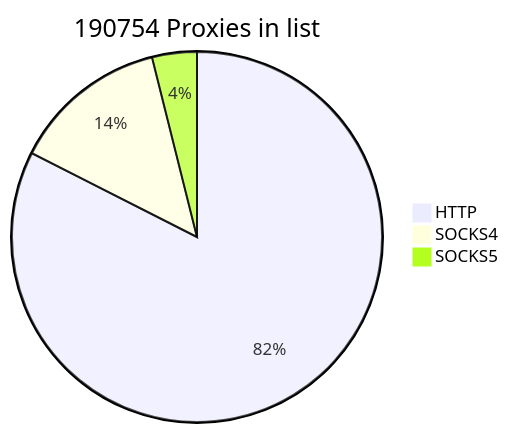
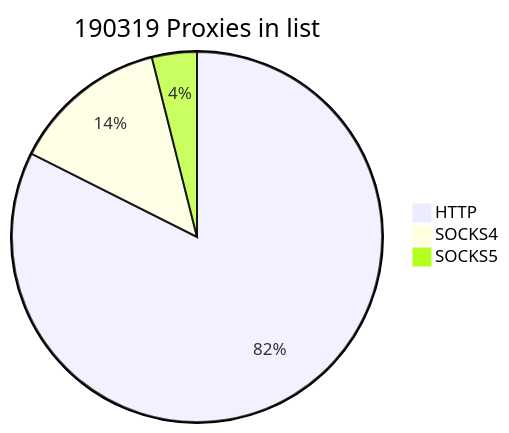
One commit to cutipu/proxylist changed the first of 2 diagrams in README.md. Above: the diagram before and after it, drawn with Mermaid. The commit also changed other lines of this file, not shown here.

````diff
--- a/README.md
+++ b/README.md
@@ -2,7 +2,7 @@
 ```mermaid
-pie title 190754 Proxies in list
-    "HTTP" : 157326
-    "SOCKS4" : 25981
-    "SOCKS5" : 7447
+pie title 190319 Proxies in list
+    "HTTP" : 156872
+    "SOCKS4" : 25982
+    "SOCKS5" : 7465
             
 ```
````
